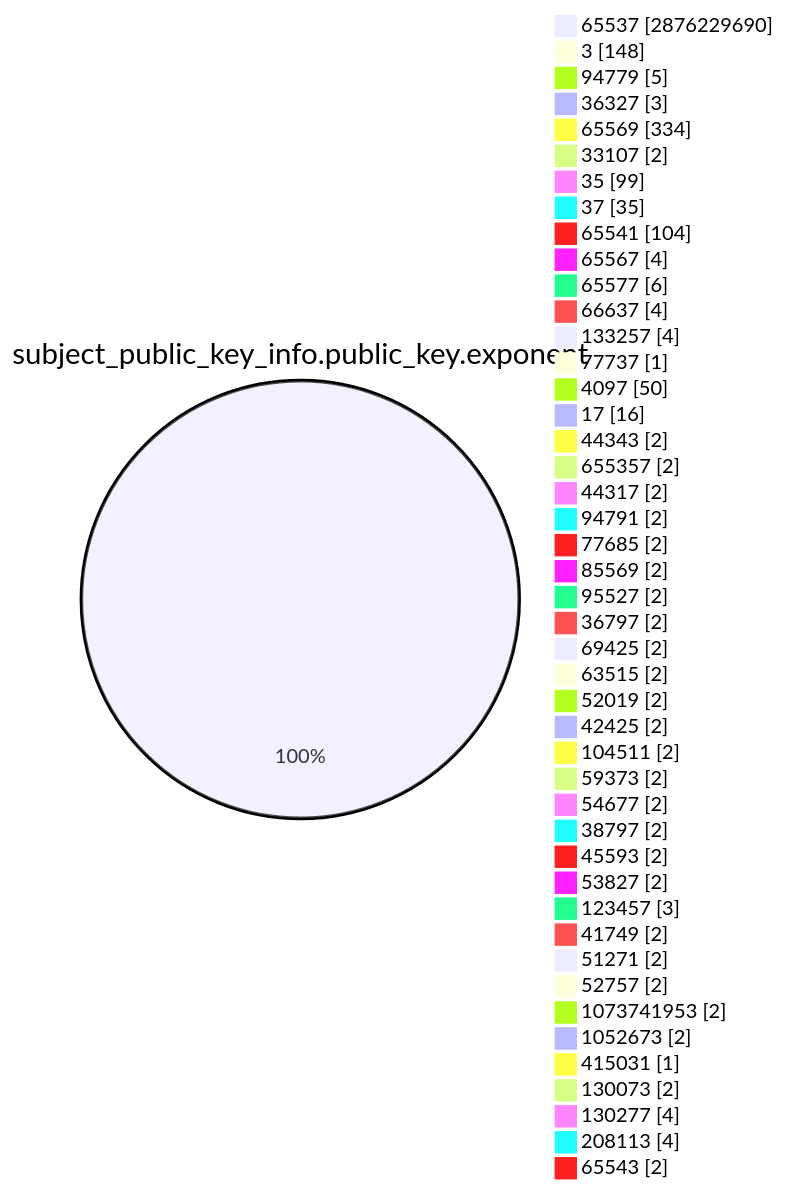
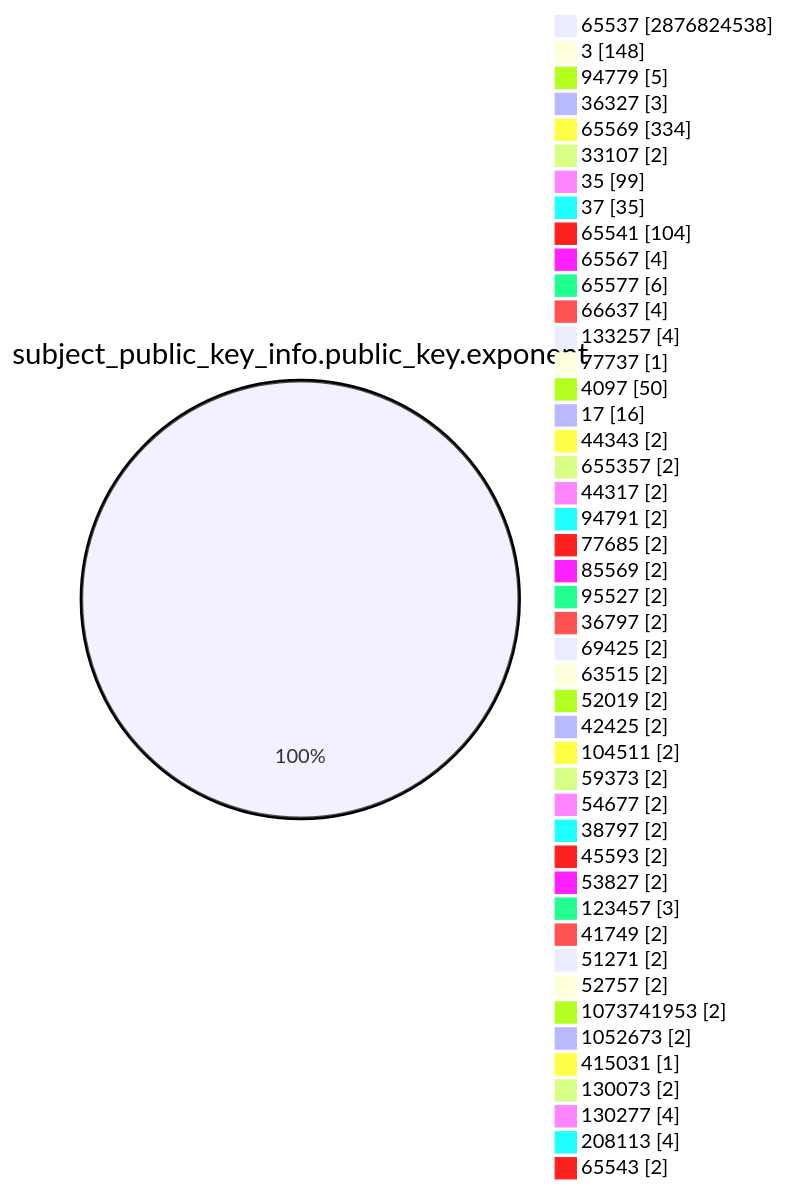
The fourth of 15 diagrams in TOTAL/README.md (christiankrug/ctmonitor_visualization), drawn with Mermaid before and after one commit. The commit also changed other lines of this file, not shown here.

````diff
--- a/TOTAL/README.md
+++ b/TOTAL/README.md
@@ -1468,49 +1468,49 @@
 ```mermaid
 pie showData
 title subject_public_key_info.public_key.exponent
-"65537" :2876229690
+"65537" :2876824538
 "3" :148
 "94779" :5
 "36327" :3
 "65569" :334
 "33107" :2
 "35" :99
 "37" :35
 "65541" :104
 "65567" :4
 "65577" :6
 "66637" :4
 "133257" :4
 "77737" :1
 "4097" :50
 "17" :16
 "44343" :2
 "655357" :2
 "44317" :2
 "94791" :2
 "77685" :2
 "85569" :2
 "95527" :2
 "36797" :2
 "69425" :2
 "63515" :2
 "52019" :2
 "42425" :2
 "104511" :2
 "59373" :2
 "54677" :2
 "38797" :2
 "45593" :2
 "53827" :2
 "123457" :3
 "41749" :2
 "51271" :2
 "52757" :2
 "1073741953" :2
 "1052673" :2
 "415031" :1
 "130073" :2
 "130277" :4
 "208113" :4
 "65543" :2
 ```
````
